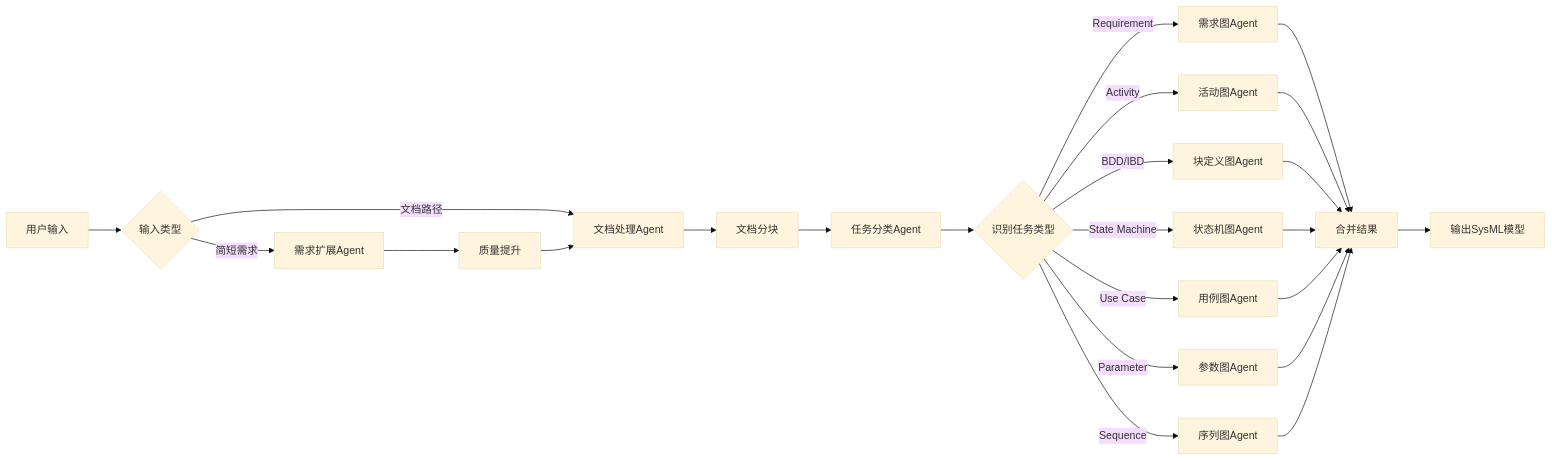
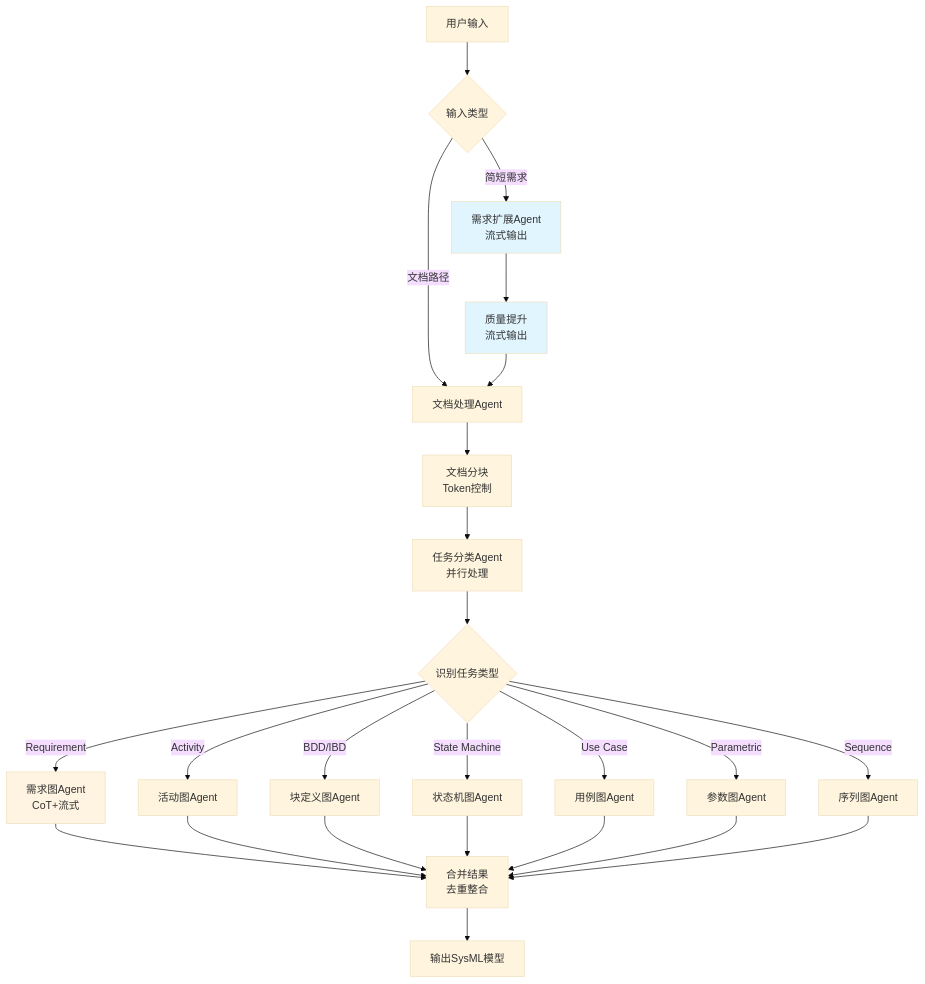
One commit to LnYo-Cly/auto-sysml-mbse changed the diagram in langgraph-project/README.md. Above: the diagram before and after it, drawn with Mermaid (base theme). The commit also changed other lines of this file and 6 other files, not shown here.

````diff
--- a/langgraph-project/README.md
+++ b/langgraph-project/README.md
@@ -173,26 +194,30 @@
 ```mermaid
-graph LR
+graph TB
     A[用户输入] --> B{输入类型}
-    B -->|简短需求| C[需求扩展Agent]
+    B -->|简短需求| C[需求扩展Agent<br/>流式输出]
     B -->|文档路径| D[文档处理Agent]
-    C --> E[质量提升]
+    C --> E[质量提升<br/>流式输出]
     E --> D
-    D --> F[文档分块]
-    F --> G[任务分类Agent]
+    D --> F[文档分块<br/>Token控制]
+    F --> G[任务分类Agent<br/>并行处理]
     G --> H{识别任务类型}
-    H -->|Requirement| I1[需求图Agent]
+    H -->|Requirement| I1[需求图Agent<br/>CoT+流式]
     H -->|Activity| I2[活动图Agent]
     H -->|BDD/IBD| I3[块定义图Agent]
     H -->|State Machine| I4[状态机图Agent]
     H -->|Use Case| I5[用例图Agent]
-    H -->|Parameter| I6[参数图Agent]
+    H -->|Parametric| I6[参数图Agent]
     H -->|Sequence| I7[序列图Agent]
-    I1 --> J[合并结果]
+    I1 --> J[合并结果<br/>去重整合]
     I2 --> J
     I3 --> J
     I4 --> J
     I5 --> J
     I6 --> J
     I7 --> J
     J --> K[输出SysML模型]
+    
+    style C fill:#e1f5ff
+    style E fill:#e1f5ff
+    style I1 fill:#fff4e1
 ```
````
